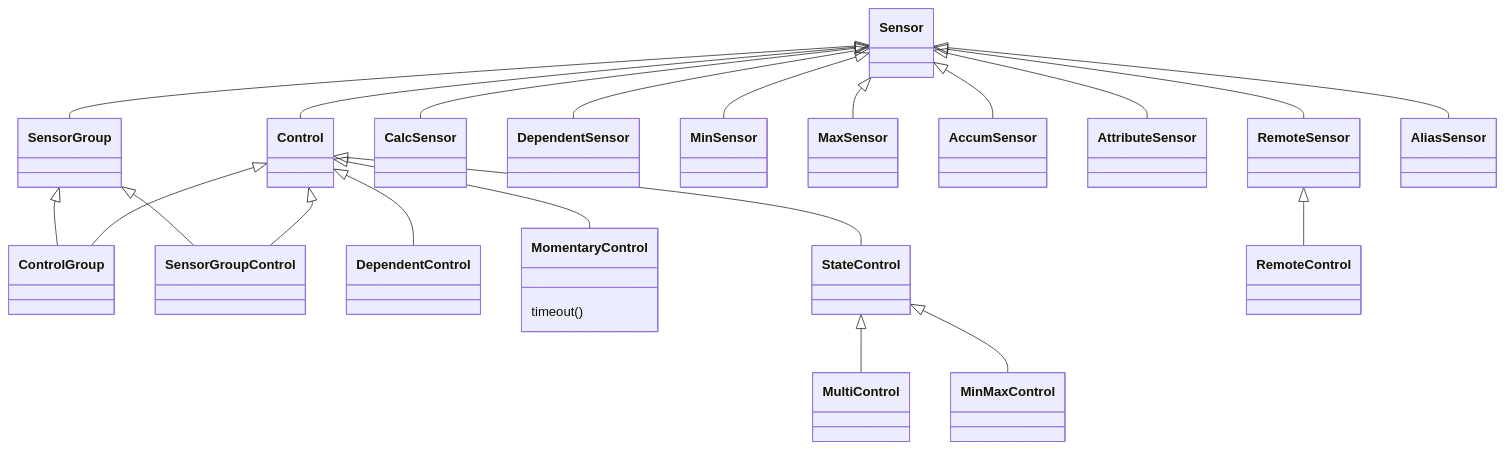
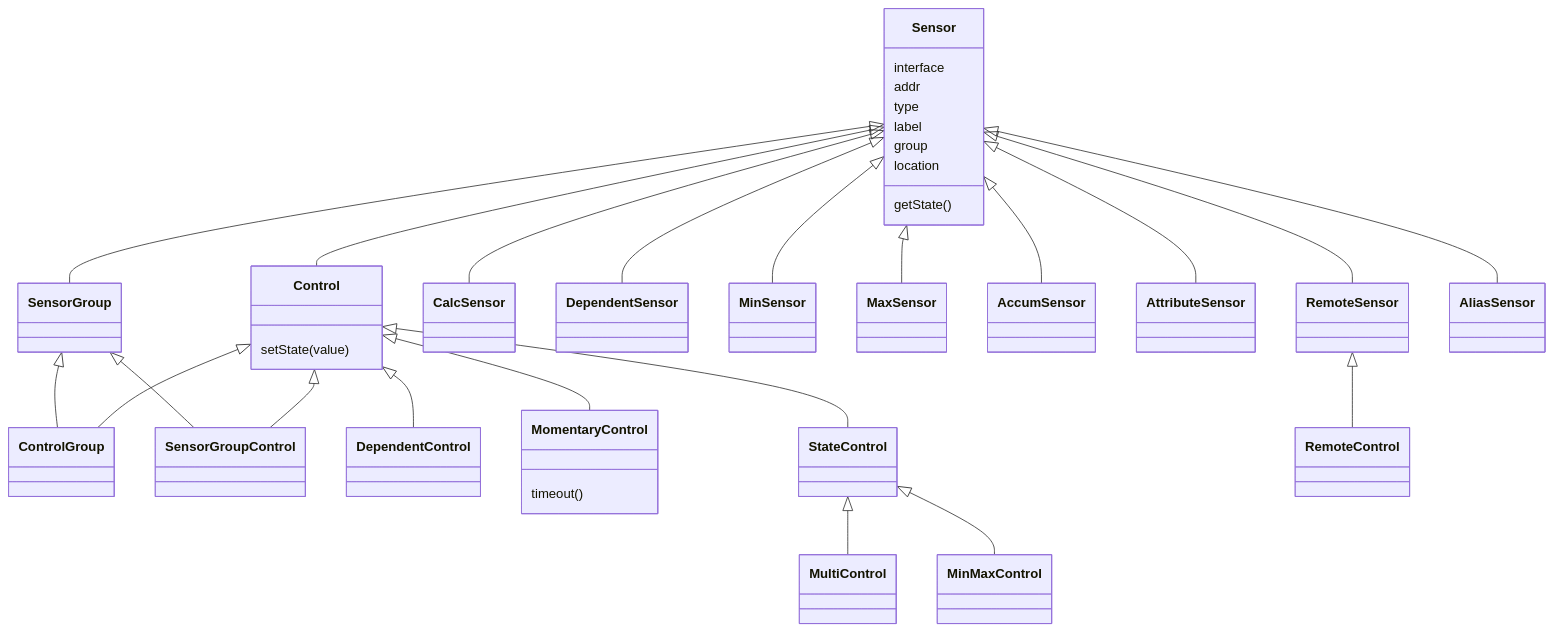
The diagram in docs/README.resources.md (jbuehl/homealone), drawn with Mermaid before and after one commit.

Commit message:
Add diagrams

````diff
--- a/docs/README.resources.md
+++ b/docs/README.resources.md
@@ -64,24 +64,32 @@
 ```mermaid
 classDiagram
 	Sensor <|-- Control
 	Sensor <|-- SensorGroup
 	SensorGroup <|-- ControlGroup
 	Control <|-- ControlGroup
 	SensorGroup <|-- SensorGroupControl
 	Control <|-- SensorGroupControl
 	Sensor <|-- CalcSensor
 	Sensor <|-- DependentSensor
 	Control <|-- DependentControl
 	Control <|-- MomentaryControl
 	Control <|-- StateControl
 	StateControl <|-- MultiControl
 	StateControl <|-- MinMaxControl
 	Sensor <|-- MinSensor
 	Sensor <|-- MaxSensor
 	Sensor <|-- AccumSensor
 	Sensor <|-- AttributeSensor
 	Sensor <|-- RemoteSensor
 	RemoteSensor <|-- RemoteControl
 	Sensor <|-- AliasSensor
+	Sensor : interface
+	Sensor : addr
+	Sensor: type
+	Sensor : label
+	Sensor : group
+	Sensor : location
+	Sensor : getState()
+	Control : setState(value)
 	MomentaryControl: timeout()
 ```
````
